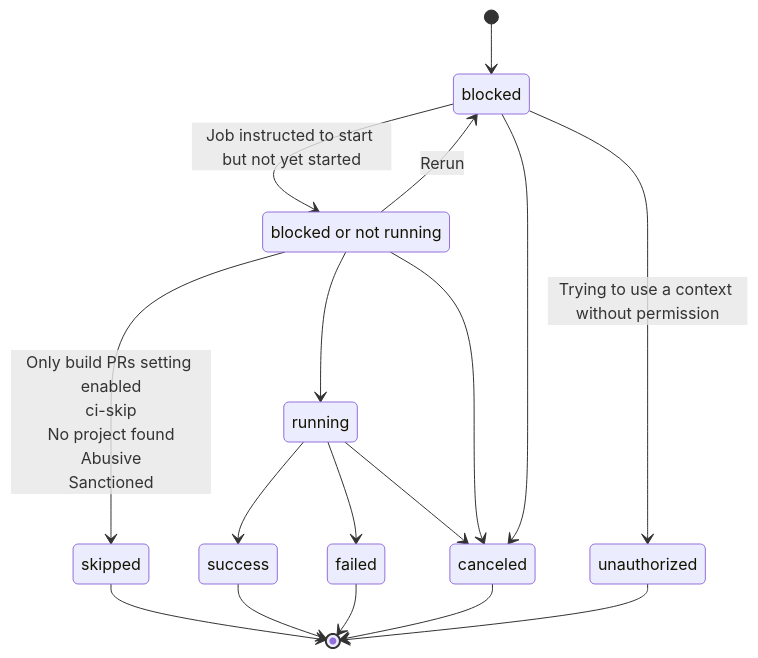
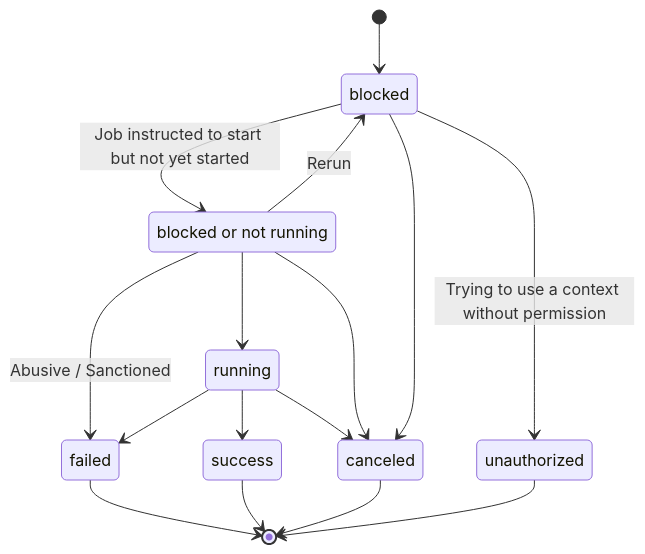
One commit to circleci/circleci-docs changed the diagram in docs/guides/modules/orchestrate/pages/jobs-steps.adoc. Above: the diagram before and after it, drawn with Mermaid. The commit also changed 1 other file, not shown here.

Commit message:
changes from review

```diff
--- a/docs/guides/modules/orchestrate/pages/jobs-steps.adoc
+++ b/docs/guides/modules/orchestrate/pages/jobs-steps.adoc
@@ -79,32 +79,34 @@
 [mermaid]
 ----
 stateDiagram-v2
     direction TB
     [*] --> blocked
 
     state "blocked or not running" as pending
     blocked --> pending : Job instructed to start but not yet started
     blocked --> unauthorized : Trying to use a context without permission
    
 
     pending --> running
 
-    pending --> skipped : Only build PRs setting enabled<br/>ci-skip<br/>No project found<br/>Abusive<br/>Sanctioned
+    
     pending --> blocked : Rerun
+    
 
     running --> canceled
     pending --> canceled
     blocked --> canceled
 
 
 
+    
+    pending --> failed : Abusive / Sanctioned
     running --> failed
     running --> success
-
-    skipped --> [*]
+    
+    failed --> [*]
     success --> [*]
-    failed --> [*]
     canceled --> [*]
     unauthorized --> [*]
 
 ----
```
